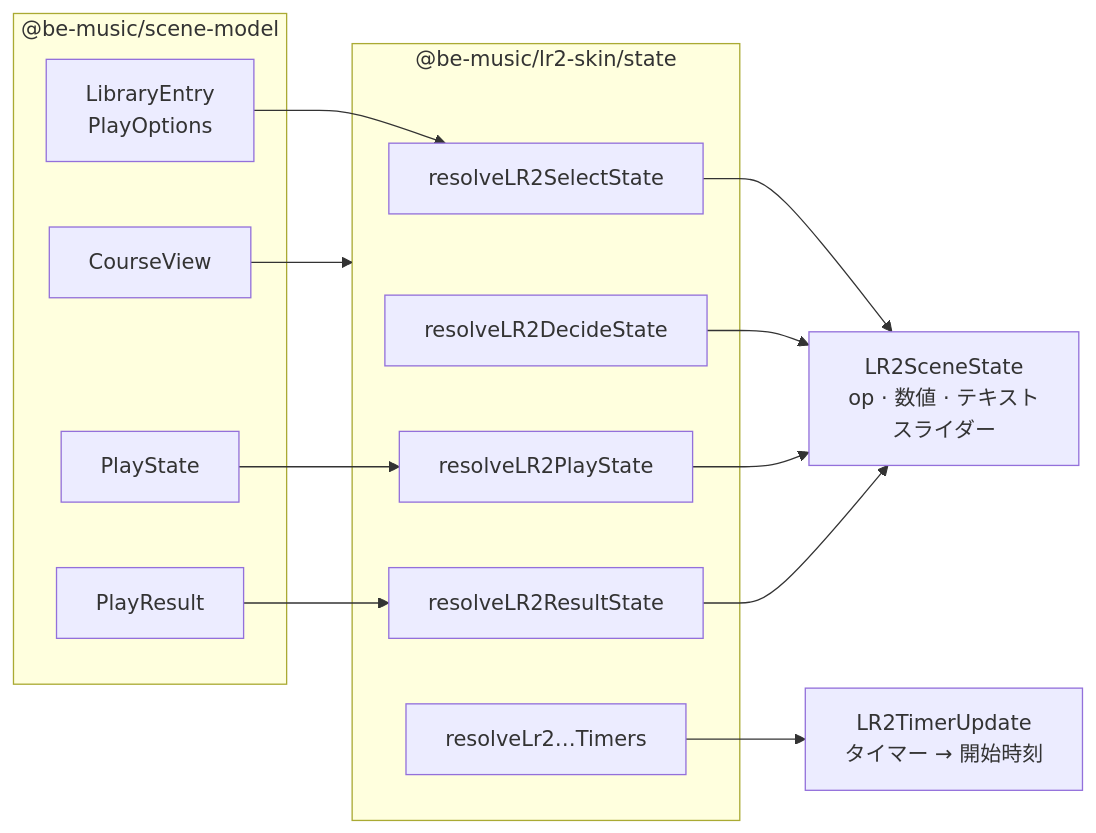
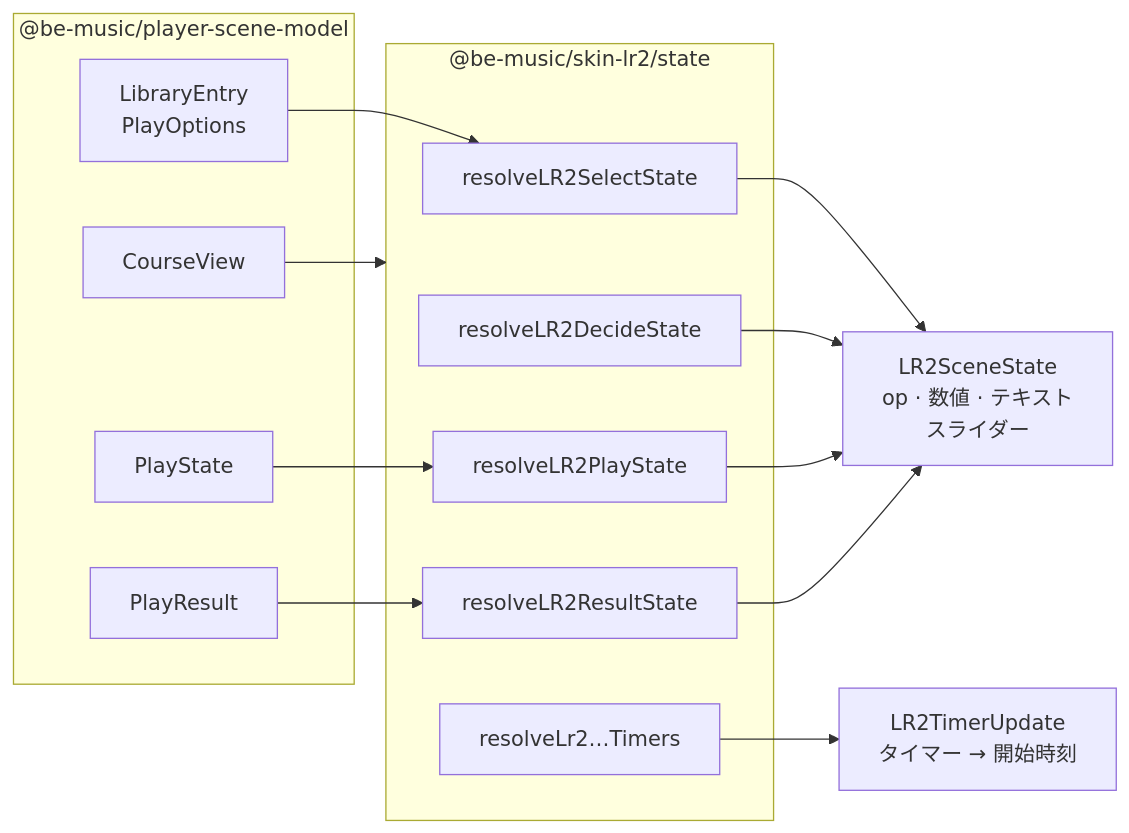
Before and after one commit to nulltask/be-music: the diagram in docs/lr2-skin.ja.md, drawn with Mermaid. The commit also changed other lines of this file and 2542 other files, not shown here.

````diff
--- a/docs/lr2-skin.ja.md
+++ b/docs/lr2-skin.ja.md
@@ -89,28 +89,28 @@
 ```mermaid
 flowchart LR
-  subgraph models["@be-music/scene-model"]
+  subgraph models["@be-music/player-scene-model"]
     entry["LibraryEntry<br/>PlayOptions"]
     play["PlayState"]
     result["PlayResult"]
     course["CourseView"]
   end
-  subgraph state["@be-music/lr2-skin/state"]
+  subgraph state["@be-music/skin-lr2/state"]
     select["resolveLR2SelectState"]
     decide["resolveLR2DecideState"]
     playing["resolveLR2PlayState"]
     results["resolveLR2ResultState"]
     timers["resolveLr2…Timers"]
   end
   ids["LR2SceneState<br/>op · 数値 · テキスト<br/>スライダー"]
   starts["LR2TimerUpdate<br/>タイマー → 開始時刻"]
 
   entry --> select
   play --> playing
   result --> results
   course --> state
   select --> ids
   decide --> ids
   playing --> ids
   results --> ids
   timers --> starts
 ```
````
